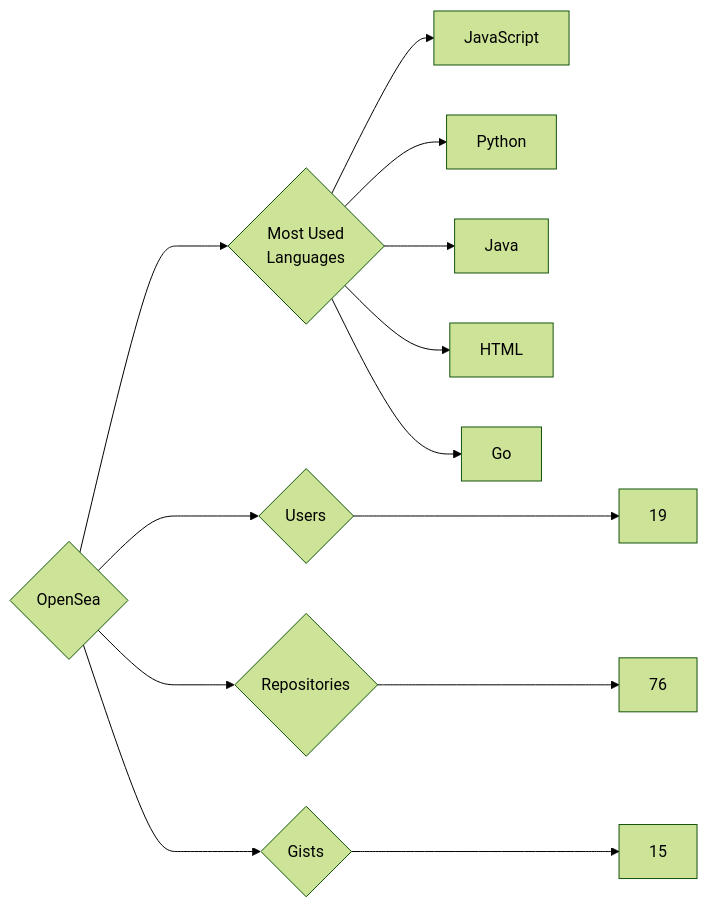
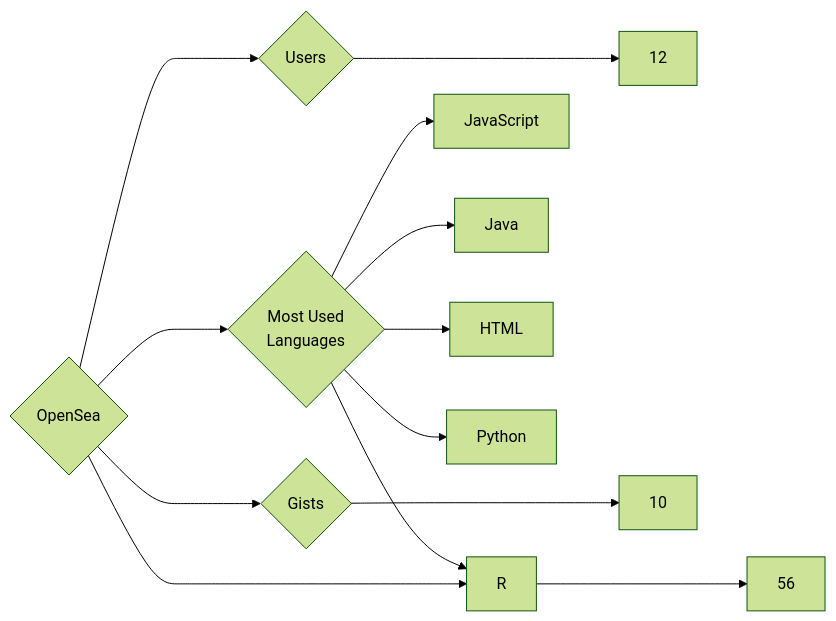
Before and after one commit to trickest/insiders: the diagram in targets/OpenSea/README.md, drawn with Mermaid (forest theme). The commit also changed 939 other files, not shown here.

````diff
--- a/targets/OpenSea/README.md
+++ b/targets/OpenSea/README.md
@@ -3,13 +3,13 @@
 ```mermaid
 graph LR
 COMPANY_NAME{OpenSea}
-COMPANY_NAME ---> U{Users} ---> UN[19]
-COMPANY_NAME ---> R{Repositories} ---> RN[76]
-COMPANY_NAME ---> G{Gists} ---> GN[15]
+COMPANY_NAME ---> U{Users} ---> UN[12]
+COMPANY_NAME ---> R{Repositories} ---> RN[56]
+COMPANY_NAME ---> G{Gists} ---> GN[10]
 COMPANY_NAME ---> ML{Most Used<br>Languages}
 ML --> JavaScript[JavaScript]
-ML --> Python[Python]
 ML --> Java[Java]
 ML --> HTML[HTML]
-ML --> Go[Go]
+ML --> Python[Python]
+ML --> R[R]
 ```
````
